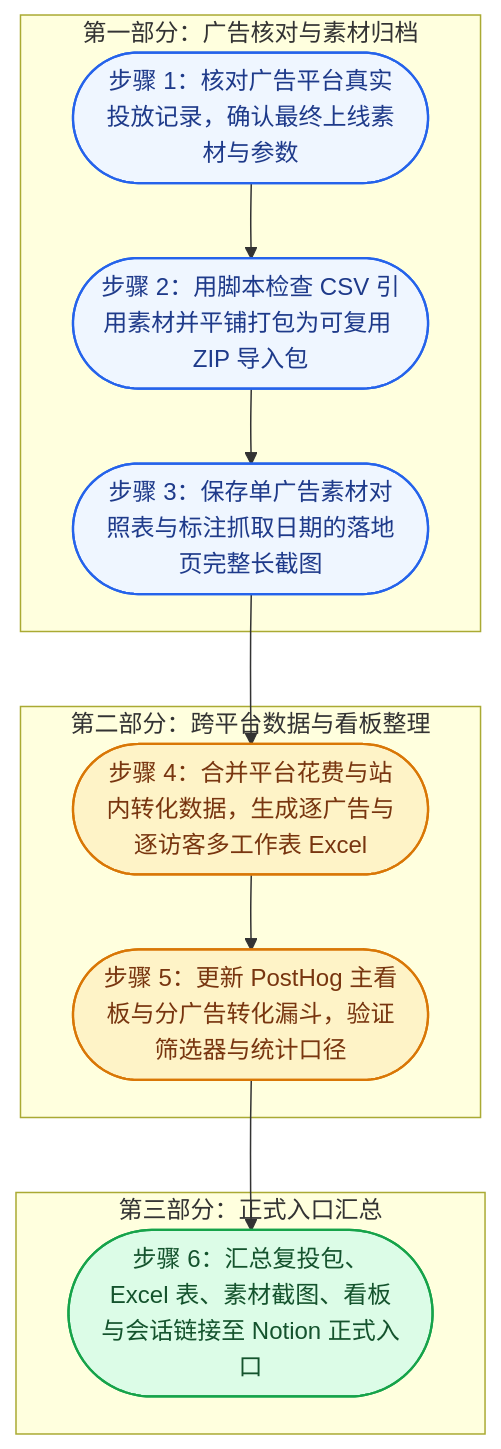
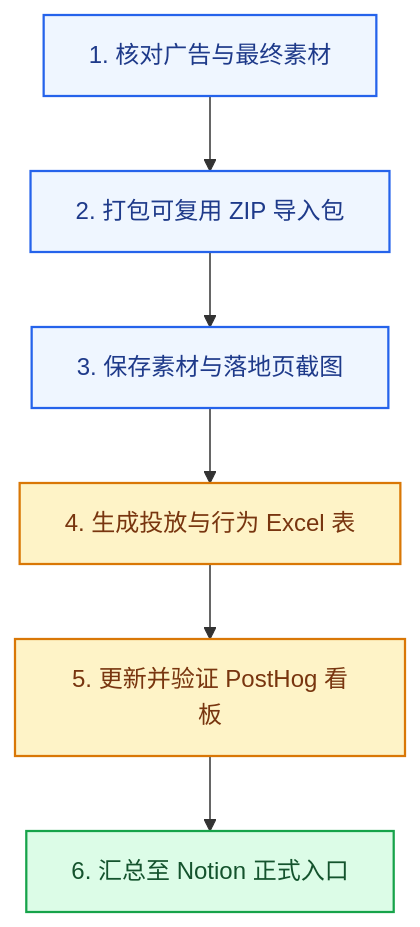
One commit to ezra-y/reddit-ad-workflow-skills changed the sixth of 6 diagrams in README.md. Above: the diagram before and after it, drawn with Mermaid. The commit also changed other lines of this file, not shown here.

Commit message:
docs: use vertical top-level flowchart, remove overlapping subgraphs, and shorten node labels

````diff
--- a/README.md
+++ b/README.md
@@ -211,30 +181,15 @@
 ```mermaid
 flowchart TD
-    subgraph A["第一部分：广告核对与素材归档"]
-        S1(["步骤 1：核对广告平台真实投放记录，确认最终上线素材与参数"])
-        S2(["步骤 2：用脚本检查 CSV 引用素材并平铺打包为可复用 ZIP 导入包"])
-        S3(["步骤 3：保存单广告素材对照表与标注抓取日期的落地页完整长截图"])
-        S1 --> S2
-        S2 --> S3
-    end
-
-    subgraph B["第二部分：跨平台数据与看板整理"]
-        S4(["步骤 4：合并平台花费与站内转化数据，生成逐广告与逐访客多工作表 Excel"])
-        S5(["步骤 5：更新 PostHog 主看板与分广告转化漏斗，验证筛选器与统计口径"])
-        S4 --> S5
-    end
-
-    subgraph C["第三部分：正式入口汇总"]
-        S6(["步骤 6：汇总复投包、Excel 表、素材截图、看板与会话链接至 Notion 正式入口"])
-    end
-
-    S3 --> S4
-    S5 --> S6
+    S1["1. 核对广告与最终素材"] --> S2["2. 打包可复用 ZIP 导入包"]
+    S2 --> S3["3. 保存素材与落地页截图"]
+    S3 --> S4["4. 生成投放与行为 Excel 表"]
+    S4 --> S5["5. 更新并验证 PostHog 看板"]
+    S5 --> S6["6. 汇总至 Notion 正式入口"]
 
     classDef stepA fill:#EFF6FF,stroke:#2563EB,stroke-width:1.5px,color:#1E3A8A
     classDef stepB fill:#FEF3C7,stroke:#D97706,stroke-width:1.5px,color:#78350F
     classDef stepC fill:#DCFCE7,stroke:#16A34A,stroke-width:1.5px,color:#14532D
     class S1,S2,S3 stepA
     class S4,S5 stepB
     class S6 stepC
 ```
````
